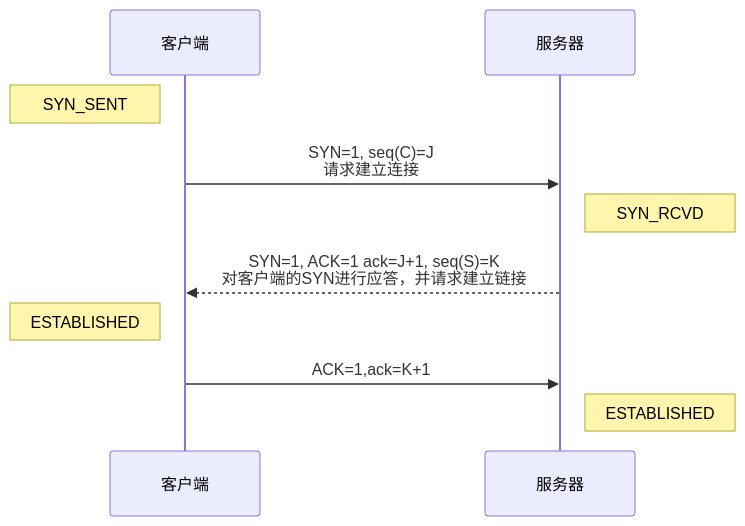
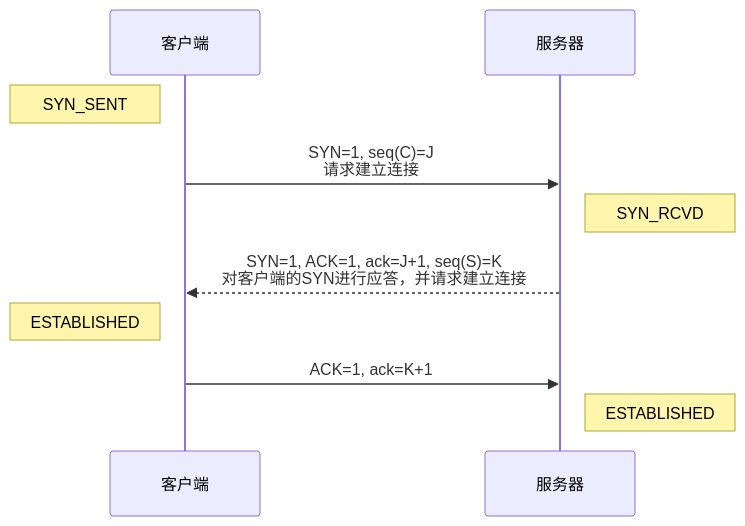
One commit to Wavepoet/hikari_Notes_Datacom changed the third of 5 diagrams in 理论/TCP_IP/2.传输层/TCP.md. Above: the diagram before and after it, drawn with Mermaid. The commit also changed other lines of this file and 44 other files, not shown here.

````diff
--- a/理论/TCP_IP/2.传输层/TCP.md
+++ b/理论/TCP_IP/2.传输层/TCP.md
@@ -99,15 +99,15 @@
 ```mermaid
 sequenceDiagram
     participant C as 客户端
     participant S as 服务器
 
     Note left of C: SYN_SENT
     C->>S: SYN=1, seq(C)=J<br/>请求建立连接
     Note right of S: SYN_RCVD
 
-    S-->>C: SYN=1, ACK=1 ack=J+1, seq(S)=K<br/>对客户端的SYN进行应答，并请求建立链接
+    S-->>C: SYN=1, ACK=1, ack=J+1, seq(S)=K<br/>对客户端的SYN进行应答，并请求建立连接
 
     Note left of C: ESTABLISHED
-    C->>S: ACK=1,ack=K+1
+    C->>S: ACK=1, ack=K+1
     Note right of S: ESTABLISHED
 ```
````
